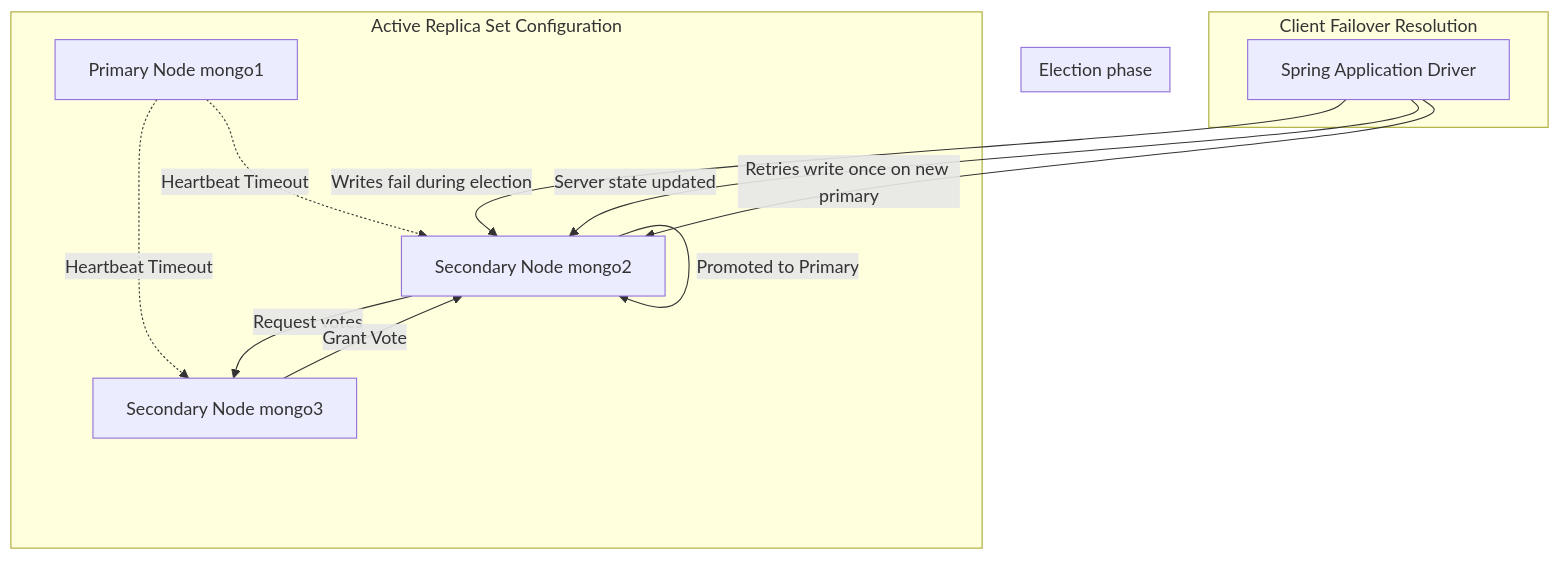
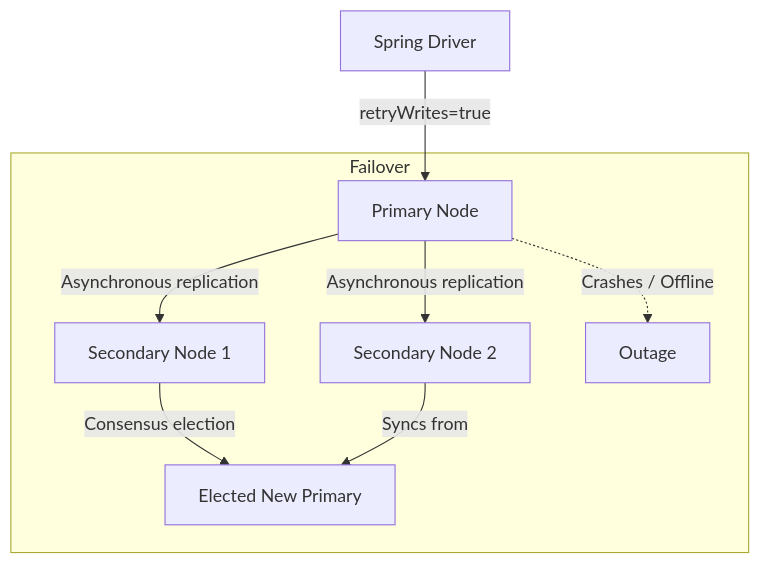
The diagram in courses/spring-mongodb-mastery/modules/10-reliability-and-high-availability.md (BaoTo12/learning-repo), drawn with Mermaid before and after one commit. The commit also changed other lines of this file and 598 other files, not shown here.

````diff
--- a/courses/spring-mongodb-mastery/modules/10-reliability-and-high-availability.md
+++ b/courses/spring-mongodb-mastery/modules/10-reliability-and-high-availability.md
@@ -183,20 +32,12 @@
 ```mermaid
 graph TD
-    subgraph Active Replica Set Configuration
-        A[Primary Node mongo1] -.->|Heartbeat Timeout| B[Secondary Node mongo2]
-        A -.->|Heartbeat Timeout| C[Secondary Node mongo3]
-    end
+    Client[Spring Driver] -->|retryWrites=true| Prim[Primary Node]
+    Prim -->|Asynchronous replication| Sec1[Secondary Node 1]
+    Prim -->|Asynchronous replication| Sec2[Secondary Node 2]
     
-    subgraph Election phase
-        B -->|Initiate Election| B
-        B -->|Request votes| C
-        C -->|Grant Vote| B
-        B -->|Promoted to Primary| B
-    end
-    
-    subgraph Client Failover Resolution
-        D[Spring Application Driver] -->|Writes fail during election| B
-        D -->|Server state updated| B
-        D -->|Retries write once on new primary| B
+    subgraph Failover
+        Prim -.->|Crashes / Offline| Death[Outage]
+        Sec1 -->|Consensus election| Sec1NewPrim[Elected New Primary]
+        Sec2 -->|Syncs from| Sec1NewPrim
     end
 ```
````
